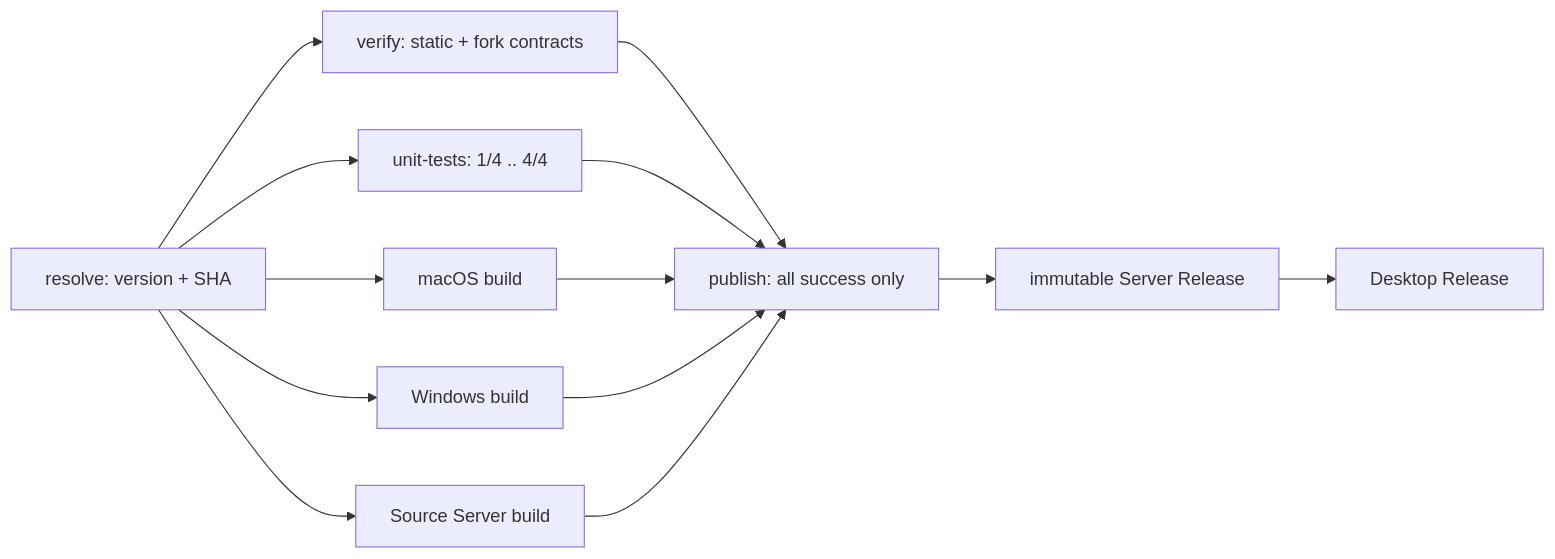
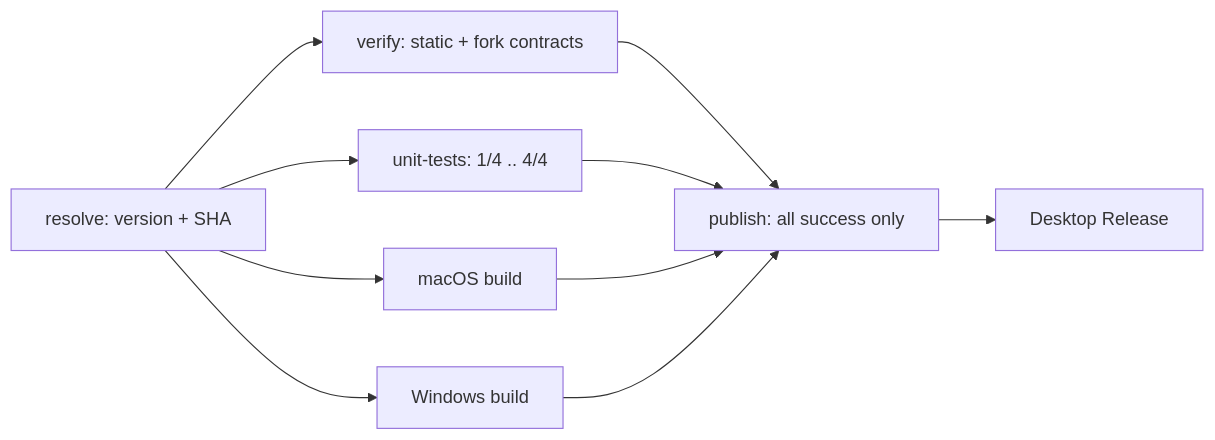
The diagram in docs/specs/desktop-release.md (Rain-kl/ZCode), drawn with Mermaid before and after one commit. The commit also changed other lines of this file and 2 other files, not shown here.

Commit message:
docs(release): split source server canary publication contract

````diff
--- a/docs/specs/desktop-release.md
+++ b/docs/specs/desktop-release.md
@@ -94,11 +93,9 @@
 ```mermaid
 flowchart LR
     R[resolve: version + SHA] --> V[verify: static + fork contracts]
     R --> T[unit-tests: 1/4 .. 4/4]
     R --> M[macOS build]
     R --> W[Windows build]
-    R --> S[Source Server build]
-    V & T & M & W & S --> P[publish: all success only]
-    P --> G[immutable Server Release]
-    G --> D[Desktop Release]
+    V & T & M & W --> P[publish: all success only]
+    P --> D[Desktop Release]
 ```
````
